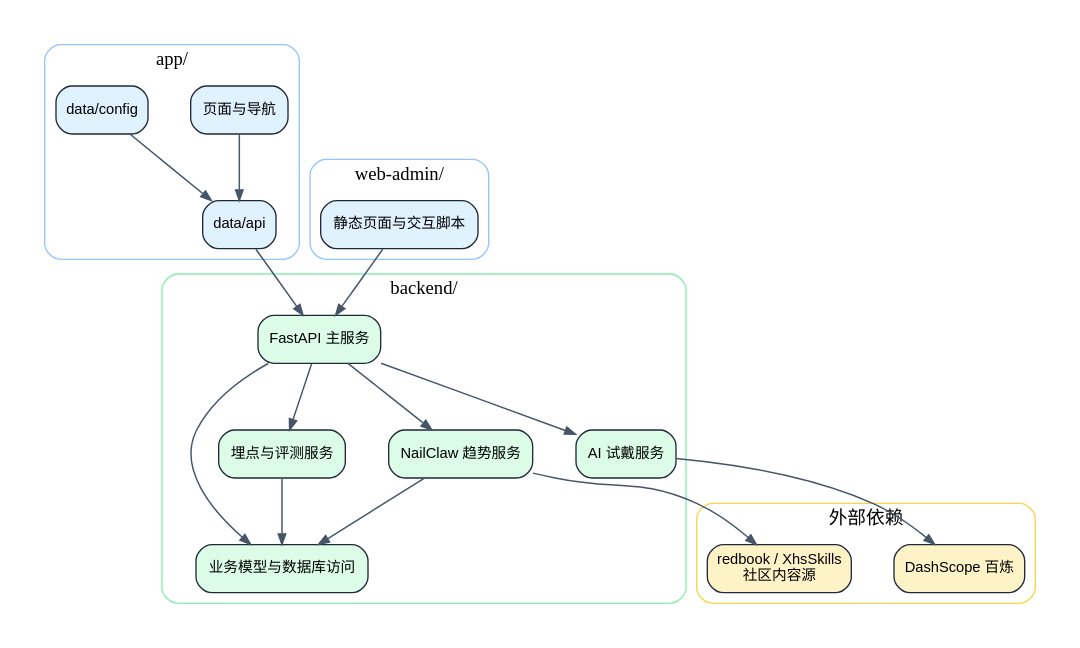
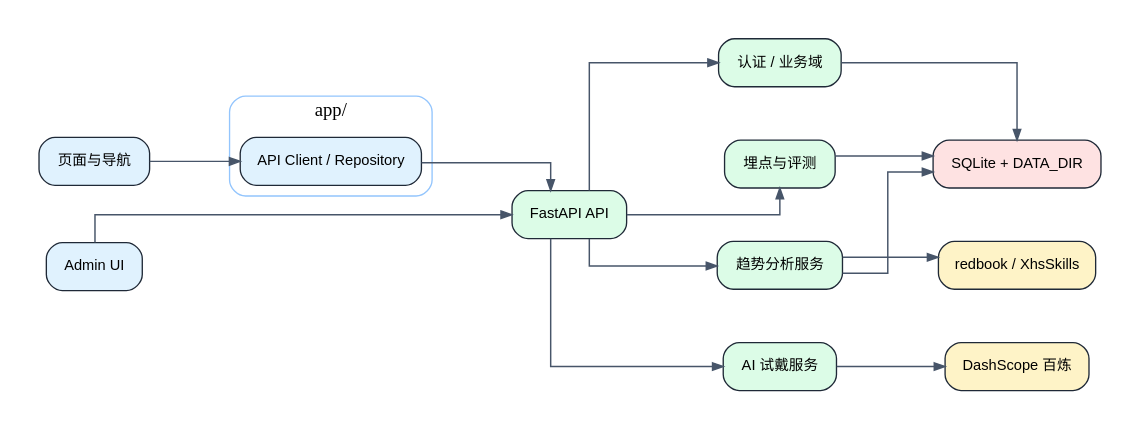
The diagram in docs/assets/logical-architecture.dot (kovk/Nailmind-Nail-try-on), drawn with Graphviz before and after one commit. The commit also changed 2 other files, not shown here.

Commit message:
docs: simplify architecture diagram

```diff
--- a/docs/assets/logical-architecture.dot
+++ b/docs/assets/logical-architecture.dot
@@ -1,55 +1,60 @@
 digraph LogicalArchitecture {
-  graph [rankdir=TB, bgcolor="white", pad="0.25", nodesep="0.45", ranksep="0.7"];
-  node [shape=box, style="rounded,filled", fontname="Arial", fontsize=11, color="#1f2937", fillcolor="#f8fafc"];
+  graph [rankdir=LR, bgcolor="white", pad="0.3", nodesep="0.55", ranksep="0.95", splines=ortho];
+  node [shape=box, style="rounded,filled", fontname="Arial", fontsize=11, color="#1f2937", fillcolor="#f8fafc", margin="0.18,0.12"];
   edge [color="#475569", arrowsize=0.8, penwidth=1.1];
 
   subgraph cluster_app {
     label="app/";
     color="#93c5fd";
     style="rounded";
     app_ui [label="页面与导航", fillcolor="#e0f2fe"];
-    app_api [label="data/api", fillcolor="#e0f2fe"];
-    app_cfg [label="data/config", fillcolor="#e0f2fe"];
+    app_api [label="API Client / Repository", fillcolor="#e0f2fe"];
   }
 
   subgraph cluster_backend {
     label="backend/";
     color="#86efac";
     style="rounded";
-    api [label="FastAPI 主服务", fillcolor="#dcfce7"];
-    domain [label="业务模型与数据库访问", fillcolor="#dcfce7"];
+    api [label="FastAPI API", fillcolor="#dcfce7"];
+    domain [label="认证 / 业务域", fillcolor="#dcfce7"];
     tryon [label="AI 试戴服务", fillcolor="#dcfce7"];
-    metric [label="埋点与评测服务", fillcolor="#dcfce7"];
-    nailclaw [label="NailClaw 趋势服务", fillcolor="#dcfce7"];
+    metric [label="埋点与评测", fillcolor="#dcfce7"];
+    nailclaw [label="趋势分析服务", fillcolor="#dcfce7"];
+    storage [label="SQLite + DATA_DIR", fillcolor="#fee2e2"];
   }
 
   subgraph cluster_web {
     label="web-admin/";
     color="#93c5fd";
     style="rounded";
-    web_ui [label="静态页面与交互脚本", fillcolor="#e0f2fe"];
+    web_ui [label="Admin UI", fillcolor="#e0f2fe"];
   }
 
   subgraph cluster_external {
     label="外部依赖";
     color="#fcd34d";
     style="rounded";
     bailian [label="DashScope 百炼", fillcolor="#fef3c7"];
-    content [label="redbook / XhsSkills\n社区内容源", fillcolor="#fef3c7"];
+    content [label="redbook / XhsSkills", fillcolor="#fef3c7"];
   }
 
   app_ui -> app_api;
-  app_cfg -> app_api;
   app_api -> api;
   web_ui -> api;
 
   api -> domain;
   api -> tryon;
   api -> metric;
   api -> nailclaw;
 
+  domain -> storage;
+  metric -> storage;
+  nailclaw -> storage;
   tryon -> bailian;
-  metric -> domain;
-  nailclaw -> domain;
   nailclaw -> content;
+
+  { rank=same; app_ui; web_ui; }
+  { rank=same; api; }
+  { rank=same; domain; tryon; metric; nailclaw; }
+  { rank=same; storage; bailian; content; }
 }
```
